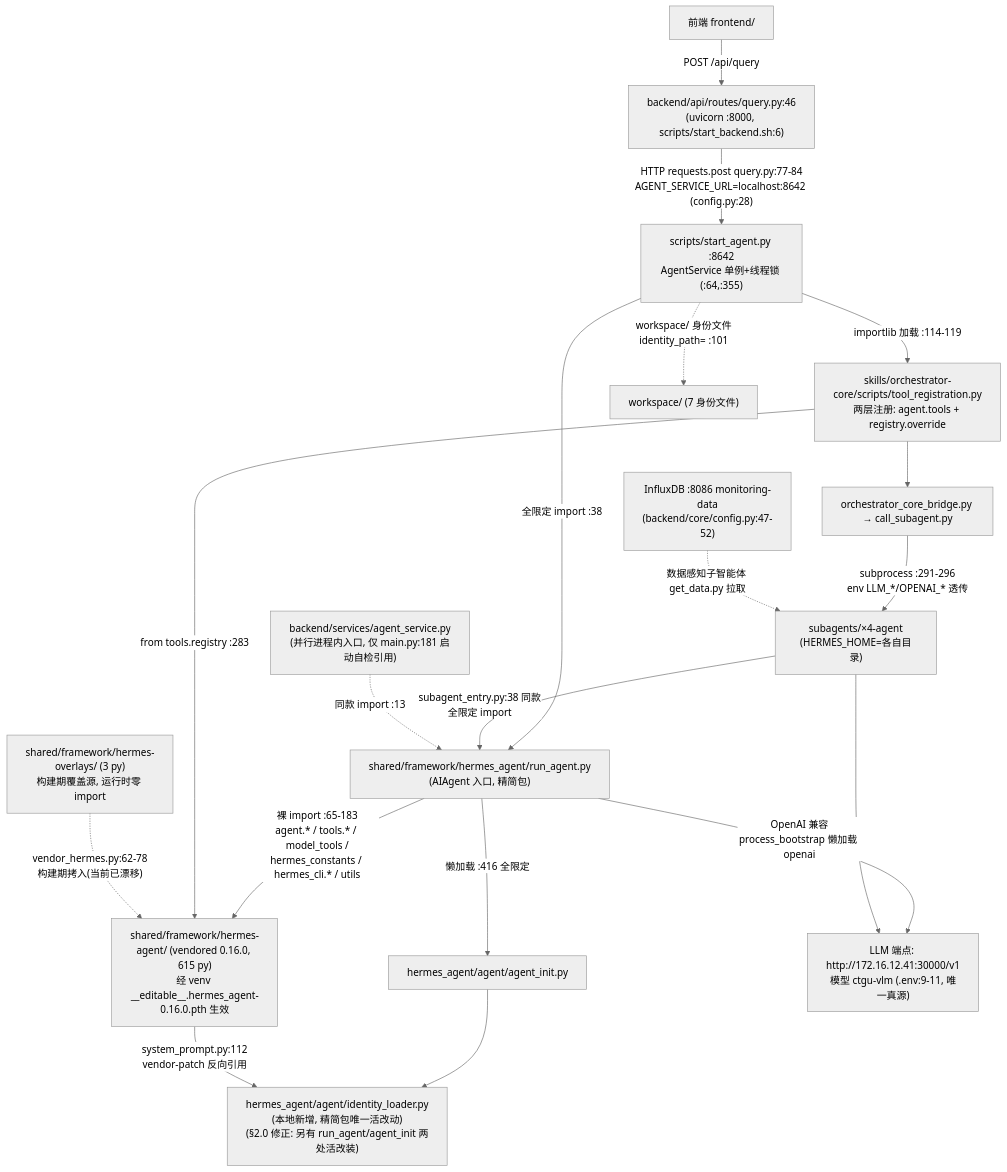
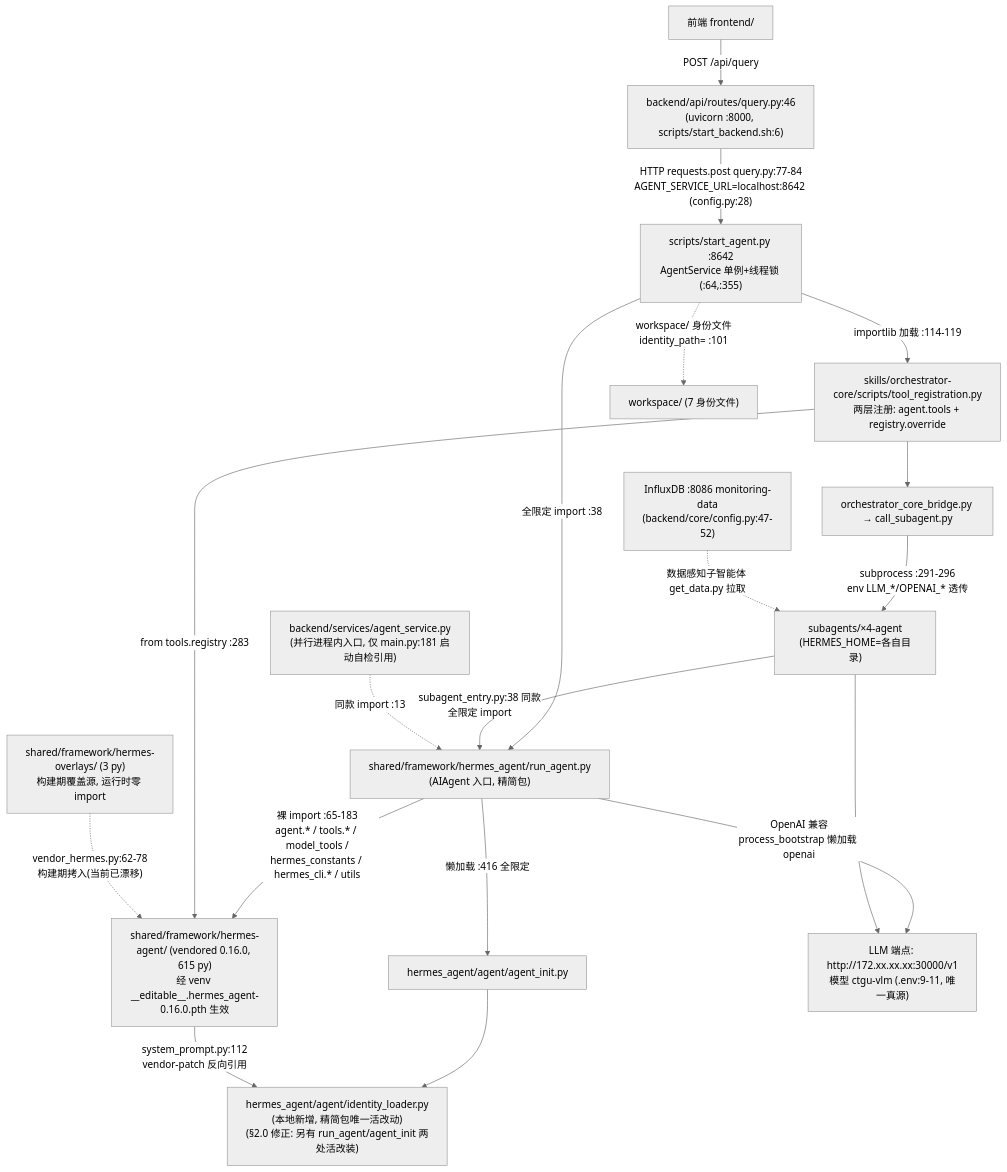
One commit to Nlieky/Ecological_env changed the diagram in docs/superpowers/specs/2026-09-14-hermes-framework-audit-report.md. Above: the diagram before and after it, drawn with Mermaid (neutral theme). The commit also changed other lines of this file and 4 other files, not shown here.

````diff
--- a/docs/superpowers/specs/2026-09-14-hermes-framework-audit-report.md
+++ b/docs/superpowers/specs/2026-09-14-hermes-framework-audit-report.md
@@ -176,21 +176,21 @@
 ```mermaid
 flowchart TD
     FE["前端 frontend/"] -->|"POST /api/query"| Q["backend/api/routes/query.py:46<br/>(uvicorn :8000, scripts/start_backend.sh:6)"]
     Q -->|"HTTP requests.post query.py:77-84<br/>AGENT_SERVICE_URL=localhost:8642 (config.py:28)"| SA["scripts/start_agent.py :8642<br/>AgentService 单例+线程锁 (:64,:355)"]
     SA -->|"全限定 import :38"| RA["shared/framework/hermes_agent/run_agent.py<br/>(AIAgent 入口, 精简包)"]
     RA -->|"懒加载 :416 全限定"| AI["hermes_agent/agent/agent_init.py"]
     AI --> IDL["hermes_agent/agent/identity_loader.py<br/>(本地新增, 精简包唯一活改动)<br/>(§2.0 修正: 另有 run_agent/agent_init 两处活改装)"]
     RA -->|"裸 import :65-183<br/>agent.* / tools.* / model_tools /<br/>hermes_constants / hermes_cli.* / utils"| VEND["shared/framework/hermes-agent/ (vendored 0.16.0, 615 py)<br/>经 venv __editable__.hermes_agent-0.16.0.pth 生效"]
     VEND -->|"system_prompt.py:112<br/>vendor-patch 反向引用"| IDL
     SA -->|"importlib 加载 :114-119"| TR["skills/orchestrator-core/scripts/tool_registration.py<br/>两层注册: agent.tools + registry.override"]
     TR -->|"from tools.registry :283"| VEND
     TR --> BR["orchestrator_core_bridge.py → call_subagent.py"]
     BR -->|"subprocess :291-296<br/>env LLM_*/OPENAI_* 透传"| SUB["subagents/×4-agent<br/>(HERMES_HOME=各自目录)"]
     SUB -->|"subagent_entry.py:38 同款全限定 import"| RA
     SA -.->|"workspace/ 身份文件<br/>identity_path= :101"| WS["workspace/ (7 身份文件)"]
-    RA -->|"OpenAI 兼容<br/>process_bootstrap 懒加载 openai"| LLM["LLM 端点: http://172.16.12.41:30000/v1<br/>模型 ctgu-vlm (.env:9-11, 唯一真源)"]
+    RA -->|"OpenAI 兼容<br/>process_bootstrap 懒加载 openai"| LLM["LLM 端点: http://172.xx.xx.xx:30000/v1<br/>模型 ctgu-vlm (.env:9-11, 唯一真源)"]
     SUB --> LLM
     OV["shared/framework/hermes-overlays/ (3 py)<br/>构建期覆盖源, 运行时零 import"] -.->|"vendor_hermes.py:62-78<br/>构建期拷入(当前已漂移)"| VEND
     AGS["backend/services/agent_service.py<br/>(并行进程内入口, 仅 main.py:181 启动自检引用)"] -.->|"同款 import :13"| RA
     SUBDB["InfluxDB :8086 monitoring-data<br/>(backend/core/config.py:47-52)"] -.->|"数据感知子智能体 get_data.py 拉取"| SUB
 ```
````
